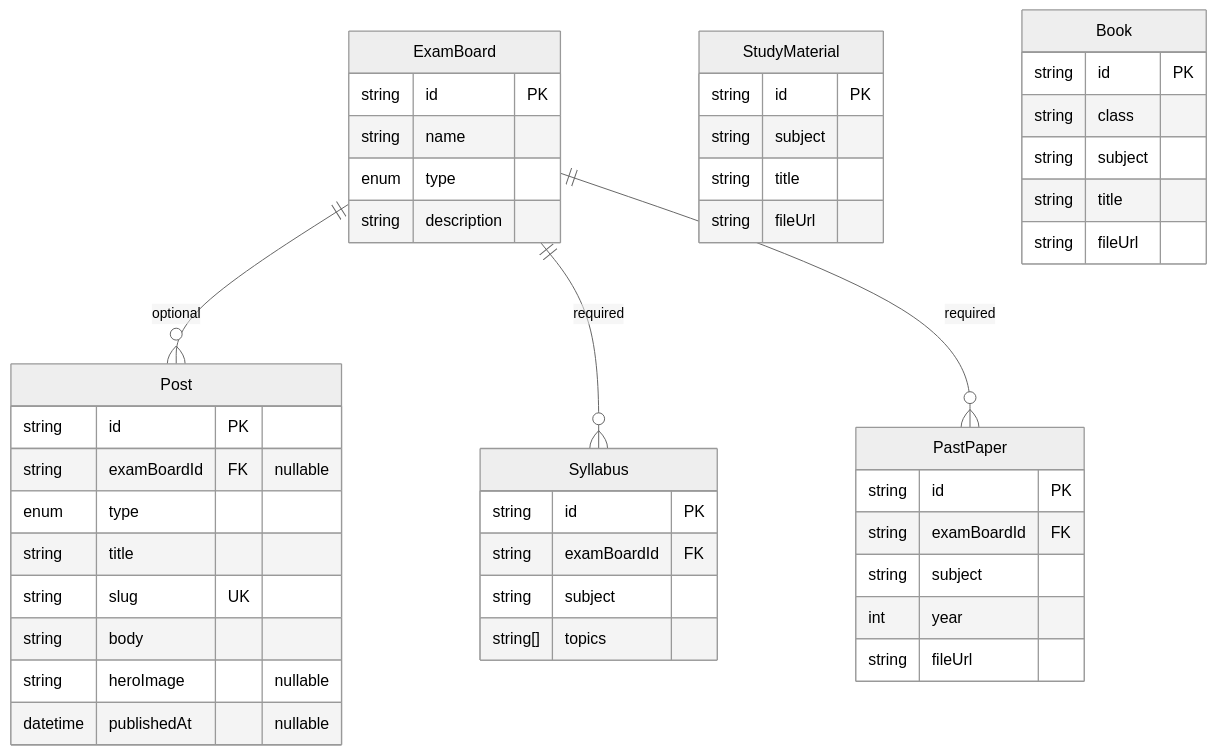
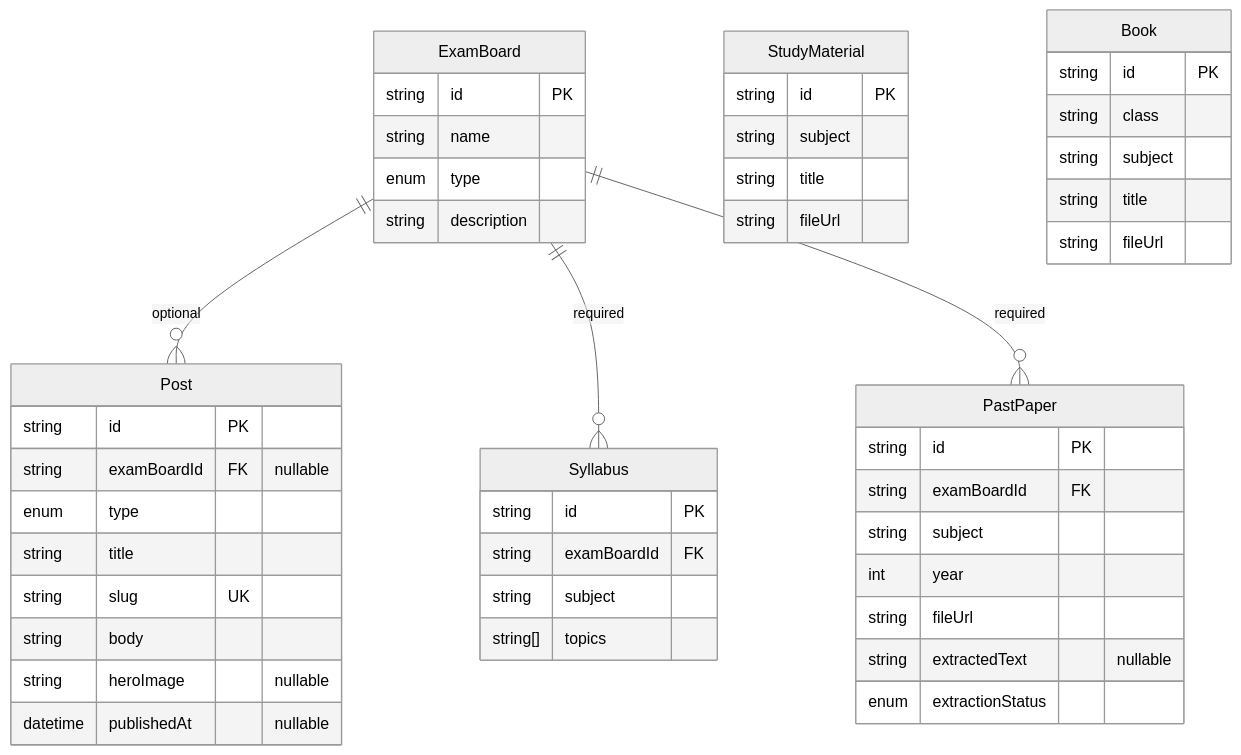
One commit to Ashish-Bhatia/TAPS changed the diagram in docs/architecture/data-model.md. Above: the diagram before and after it, drawn with Mermaid (neutral theme). The commit also changed other lines of this file and 20 other files, not shown here.

````diff
--- a/docs/architecture/data-model.md
+++ b/docs/architecture/data-model.md
@@ -53,49 +56,51 @@
 ```mermaid
 erDiagram
     ExamBoard ||--o{ Post : "optional"
     ExamBoard ||--o{ Syllabus : "required"
     ExamBoard ||--o{ PastPaper : "required"
 
     ExamBoard {
         string id PK
         string name
         enum type
         string description
     }
     Post {
         string id PK
         string examBoardId FK "nullable"
         enum type
         string title
         string slug UK
         string body
         string heroImage "nullable"
         datetime publishedAt "nullable"
     }
     Syllabus {
         string id PK
         string examBoardId FK
         string subject
         string[] topics
     }
     PastPaper {
         string id PK
         string examBoardId FK
         string subject
         int year
         string fileUrl
+        string extractedText "nullable"
+        enum extractionStatus
     }
     StudyMaterial {
         string id PK
         string subject
         string title
         string fileUrl
     }
     Book {
         string id PK
         string class
         string subject
         string title
         string fileUrl
     }
 ```
````
